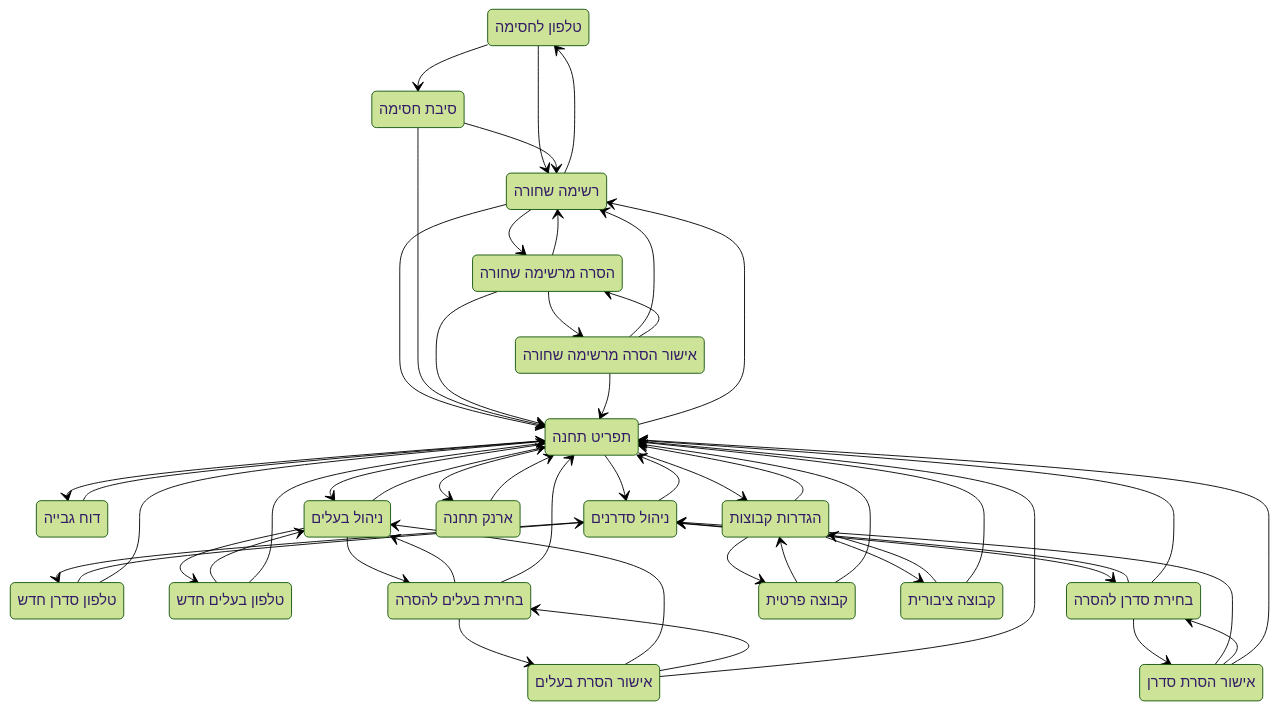
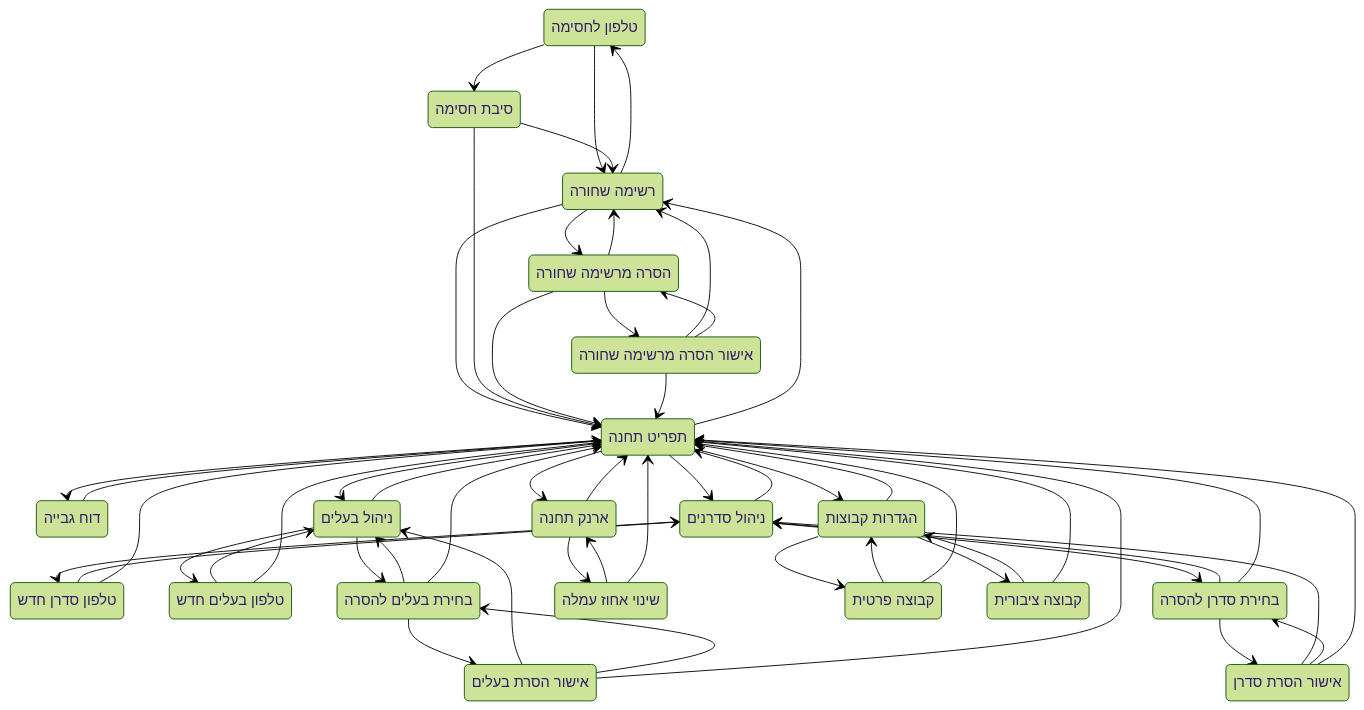
One commit to amirbiron/Shipment-bot changed the fourth of 6 diagrams in CLAUDE.md. Above: the diagram before and after it, drawn with Mermaid (forest theme). The commit also changed 6 other files, not shown here.

First line of the commit message:
הוספת ניהול אחוז עמלה מותאם אישית לתחנה (6%–12%)

````diff
--- a/CLAUDE.md
+++ b/CLAUDE.md
@@ -185,74 +185,78 @@
 ```mermaid
 stateDiagram-v2
     STATION_ADD_BLACKLIST_PHONE : טלפון לחסימה
     STATION_ADD_BLACKLIST_REASON : סיבת חסימה
     STATION_ADD_DISPATCHER_PHONE : טלפון סדרן חדש
     STATION_ADD_OWNER_PHONE : טלפון בעלים חדש
     STATION_COLLECTION_REPORT : דוח גבייה
     STATION_CONFIRM_REMOVE_BLACKLIST : אישור הסרה מרשימה שחורה
     STATION_CONFIRM_REMOVE_DISPATCHER : אישור הסרת סדרן
     STATION_CONFIRM_REMOVE_OWNER : אישור הסרת בעלים
     STATION_GROUP_SETTINGS : הגדרות קבוצות
     STATION_MANAGE_DISPATCHERS : ניהול סדרנים
     STATION_MANAGE_OWNERS : ניהול בעלים
     STATION_MENU : תפריט תחנה
     STATION_REMOVE_BLACKLIST_SELECT : הסרה מרשימה שחורה
     STATION_REMOVE_DISPATCHER_SELECT : בחירת סדרן להסרה
     STATION_REMOVE_OWNER_SELECT : בחירת בעלים להסרה
+    STATION_SET_COMMISSION_RATE : שינוי אחוז עמלה
     STATION_SET_PRIVATE_GROUP : קבוצה פרטית
     STATION_SET_PUBLIC_GROUP : קבוצה ציבורית
     STATION_VIEW_BLACKLIST : רשימה שחורה
     STATION_VIEW_WALLET : ארנק תחנה
 
 
     STATION_MENU --> STATION_MANAGE_OWNERS
     STATION_MENU --> STATION_MANAGE_DISPATCHERS
     STATION_MENU --> STATION_VIEW_WALLET
     STATION_MENU --> STATION_COLLECTION_REPORT
     STATION_MENU --> STATION_VIEW_BLACKLIST
     STATION_MENU --> STATION_GROUP_SETTINGS
     STATION_MANAGE_OWNERS --> STATION_ADD_OWNER_PHONE
     STATION_MANAGE_OWNERS --> STATION_REMOVE_OWNER_SELECT
     STATION_MANAGE_OWNERS --> STATION_MENU
     STATION_ADD_OWNER_PHONE --> STATION_MANAGE_OWNERS
     STATION_ADD_OWNER_PHONE --> STATION_MENU
     STATION_REMOVE_OWNER_SELECT --> STATION_CONFIRM_REMOVE_OWNER
     STATION_REMOVE_OWNER_SELECT --> STATION_MANAGE_OWNERS
     STATION_REMOVE_OWNER_SELECT --> STATION_MENU
     STATION_CONFIRM_REMOVE_OWNER --> STATION_MANAGE_OWNERS
     STATION_CONFIRM_REMOVE_OWNER --> STATION_REMOVE_OWNER_SELECT
     STATION_CONFIRM_REMOVE_OWNER --> STATION_MENU
     STATION_MANAGE_DISPATCHERS --> STATION_ADD_DISPATCHER_PHONE
     STATION_MANAGE_DISPATCHERS --> STATION_REMOVE_DISPATCHER_SELECT
     STATION_MANAGE_DISPATCHERS --> STATION_MENU
     STATION_ADD_DISPATCHER_PHONE --> STATION_MANAGE_DISPATCHERS
     STATION_ADD_DISPATCHER_PHONE --> STATION_MENU
     STATION_REMOVE_DISPATCHER_SELECT --> STATION_CONFIRM_REMOVE_DISPATCHER
     STATION_REMOVE_DISPATCHER_SELECT --> STATION_MANAGE_DISPATCHERS
     STATION_REMOVE_DISPATCHER_SELECT --> STATION_MENU
     STATION_CONFIRM_REMOVE_DISPATCHER --> STATION_MANAGE_DISPATCHERS
     STATION_CONFIRM_REMOVE_DISPATCHER --> STATION_REMOVE_DISPATCHER_SELECT
     STATION_CONFIRM_REMOVE_DISPATCHER --> STATION_MENU
+    STATION_VIEW_WALLET --> STATION_SET_COMMISSION_RATE
     STATION_VIEW_WALLET --> STATION_MENU
+    STATION_SET_COMMISSION_RATE --> STATION_VIEW_WALLET
+    STATION_SET_COMMISSION_RATE --> STATION_MENU
     STATION_COLLECTION_REPORT --> STATION_MENU
     STATION_VIEW_BLACKLIST --> STATION_ADD_BLACKLIST_PHONE
     STATION_VIEW_BLACKLIST --> STATION_REMOVE_BLACKLIST_SELECT
     STATION_VIEW_BLACKLIST --> STATION_MENU
     STATION_ADD_BLACKLIST_PHONE --> STATION_ADD_BLACKLIST_REASON
     STATION_ADD_BLACKLIST_PHONE --> STATION_VIEW_BLACKLIST
     STATION_ADD_BLACKLIST_REASON --> STATION_VIEW_BLACKLIST
     STATION_ADD_BLACKLIST_REASON --> STATION_MENU
     STATION_REMOVE_BLACKLIST_SELECT --> STATION_CONFIRM_REMOVE_BLACKLIST
     STATION_REMOVE_BLACKLIST_SELECT --> STATION_VIEW_BLACKLIST
     STATION_REMOVE_BLACKLIST_SELECT --> STATION_MENU
     STATION_CONFIRM_REMOVE_BLACKLIST --> STATION_VIEW_BLACKLIST
     STATION_CONFIRM_REMOVE_BLACKLIST --> STATION_REMOVE_BLACKLIST_SELECT
     STATION_CONFIRM_REMOVE_BLACKLIST --> STATION_MENU
     STATION_GROUP_SETTINGS --> STATION_SET_PUBLIC_GROUP
     STATION_GROUP_SETTINGS --> STATION_SET_PRIVATE_GROUP
     STATION_GROUP_SETTINGS --> STATION_MENU
     STATION_SET_PUBLIC_GROUP --> STATION_GROUP_SETTINGS
     STATION_SET_PUBLIC_GROUP --> STATION_MENU
     STATION_SET_PRIVATE_GROUP --> STATION_GROUP_SETTINGS
     STATION_SET_PRIVATE_GROUP --> STATION_MENU
 ```
````
